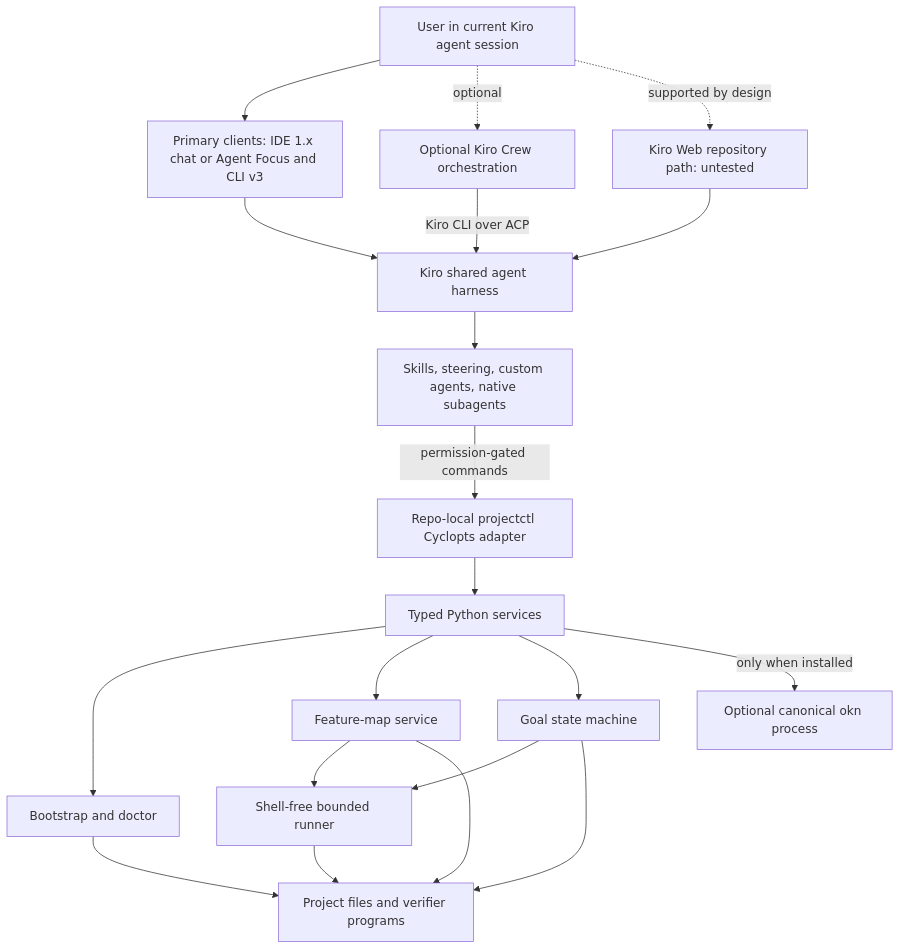
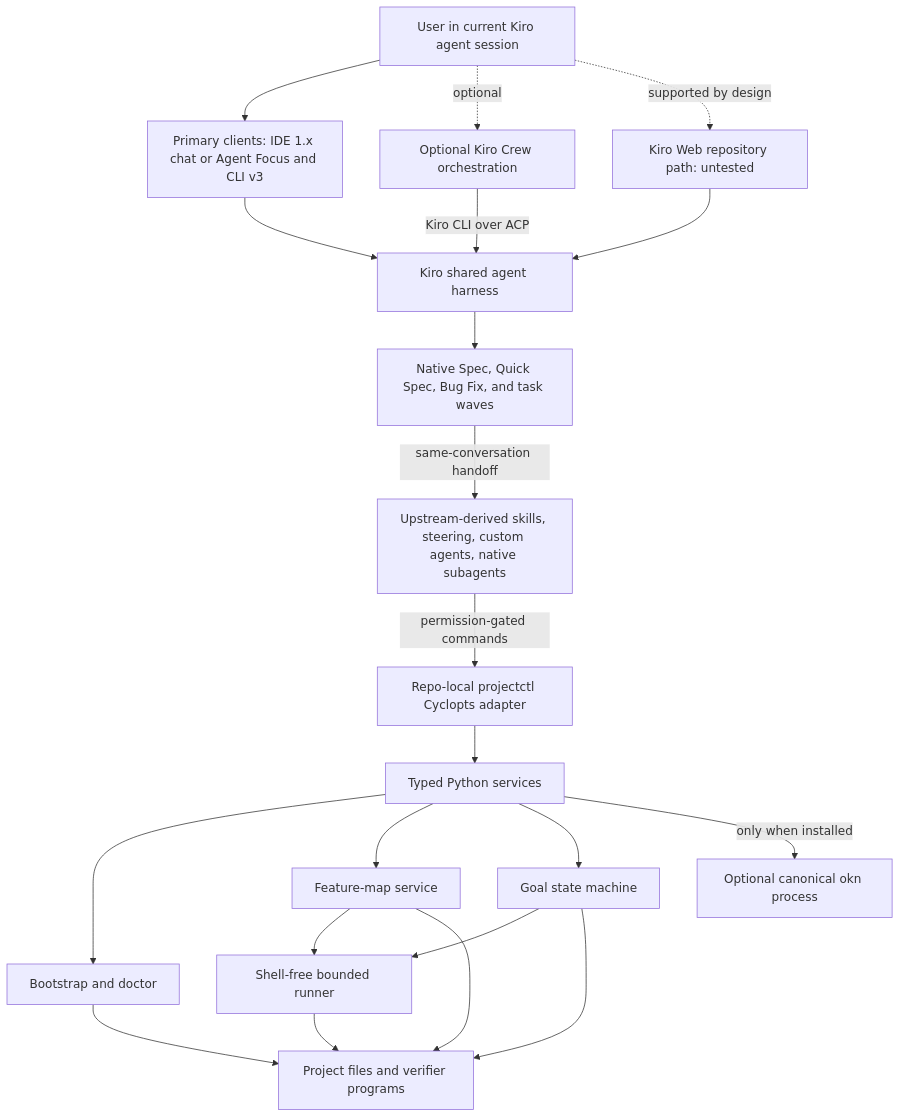
Before and after one commit to njs14/pkstack: the first of 2 diagrams in powers/pk-stack/docs/architecture.md, drawn with Mermaid. The commit also changed other lines of this file and 120 other files, not shown here.

````diff
--- a/powers/pk-stack/docs/architecture.md
+++ b/powers/pk-stack/docs/architecture.md
@@ -32,37 +32,39 @@
 ```mermaid
 flowchart TD
     U[User in current Kiro agent session]
     I[Primary clients: IDE 1.x chat or Agent Focus and CLI v3]
     CW[Optional Kiro Crew orchestration]
     W[Kiro Web repository path: untested]
     K[Kiro shared agent harness]
-    A[Skills, steering, custom agents, native subagents]
+    N[Native Spec, Quick Spec, Bug Fix, and task waves]
+    A[Upstream-derived skills, steering, custom agents, native subagents]
     C[Repo-local projectctl Cyclopts adapter]
     S[Typed Python services]
     B[Bootstrap and doctor]
     F[Feature-map service]
     G[Goal state machine]
     R[Shell-free bounded runner]
     O[Optional canonical okn process]
     P[Project files and verifier programs]
 
     U --> I
     U -. optional .-> CW
     U -. supported by design .-> W
     I --> K
     CW -->|Kiro CLI over ACP| K
     W --> K
-    K --> A
+    K --> N
+    N -->|same-conversation handoff| A
     A -->|permission-gated commands| C
     C --> S
     S --> B
     S --> F
     S --> G
     F --> R
     G --> R
     S -->|only when installed| O
     R --> P
     B --> P
     F --> P
     G --> P
 ```
````
